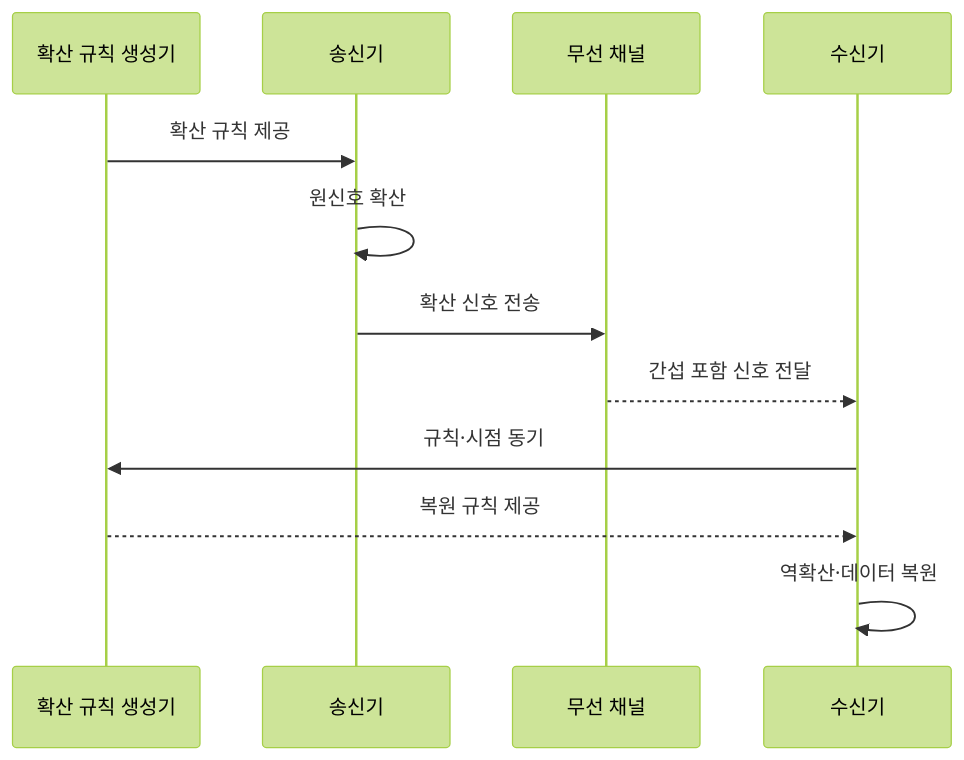
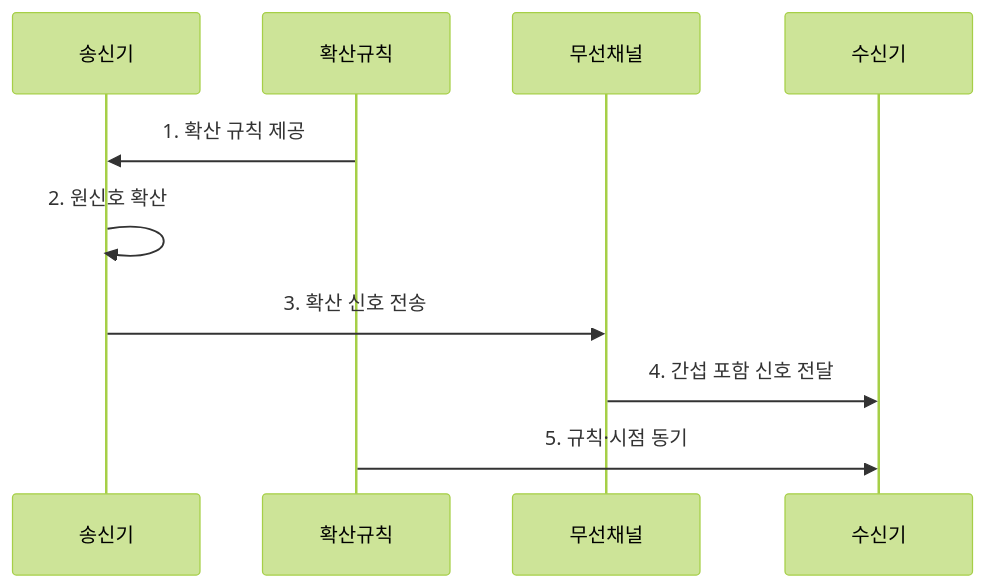
One commit to agnusdei1207/knowledge-base changed the second of 2 diagrams in src/content/docs/notes/04-network/035_fhss_dsss.md. Above: the diagram before and after it, drawn with Mermaid (forest theme). The commit also changed other lines of this file and 20 other files, not shown here.

````diff
--- a/src/content/docs/notes/04-network/035_fhss_dsss.md
+++ b/src/content/docs/notes/04-network/035_fhss_dsss.md
@@ -75,14 +78,12 @@
 ```mermaid
 sequenceDiagram
-  participant G as 확산 규칙 생성기
-  participant T as 송신기
-  participant C as 무선 채널
-  participant R as 수신기
-  G->>T: 확산 규칙 제공
-  T->>T: 원신호 확산
-  T->>C: 확산 신호 전송
-  C-->>R: 간섭 포함 신호 전달
-  R->>G: 규칙·시점 동기
-  G-->>R: 복원 규칙 제공
-  R->>R: 역확산·데이터 복원
+    participant 송신기
+    participant 확산규칙
+    participant 무선채널
+    participant 수신기
+    확산규칙->>송신기: 1. 확산 규칙 제공
+    송신기->>송신기: 2. 원신호 확산
+    송신기->>무선채널: 3. 확산 신호 전송
+    무선채널->>수신기: 4. 간섭 포함 신호 전달
+    확산규칙->>수신기: 5. 규칙·시점 동기
 ```
````
